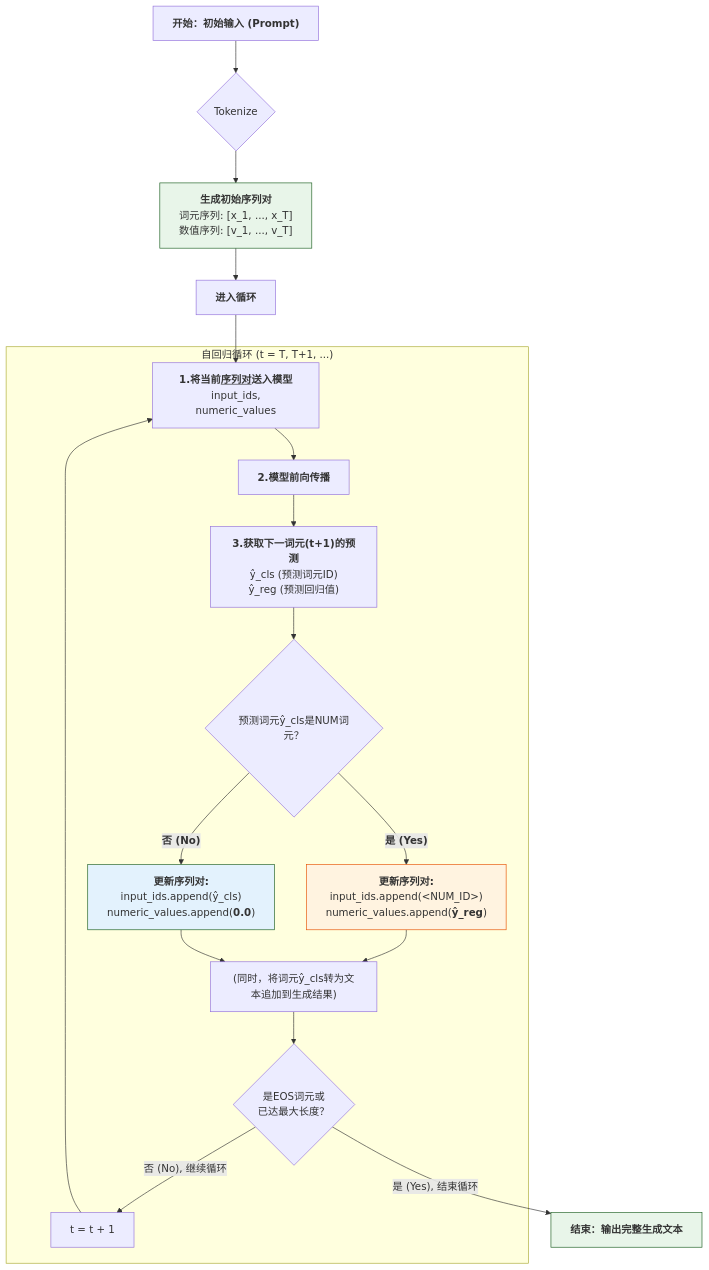
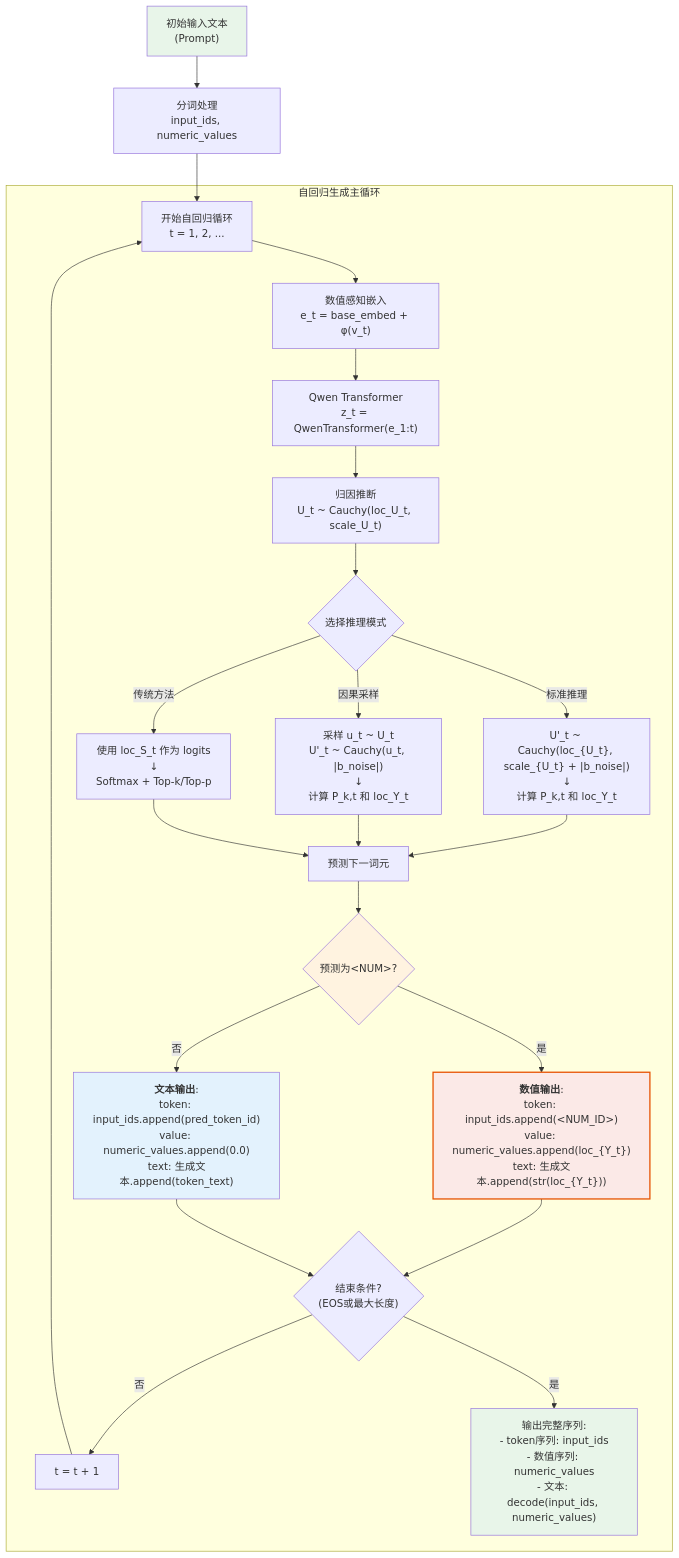
One commit to 1587causalai/CausalQwen changed the seventh of 7 diagrams in docs/math_deep_dive/02_inference.md. Above: the diagram before and after it, drawn with Mermaid. The commit also changed other lines of this file and 2 other files, not shown here.

````diff
--- a/docs/math_deep_dive/02_inference.md
+++ b/docs/math_deep_dive/02_inference.md
@@ -263,32 +773,43 @@
 ```mermaid
-graph TD
-    A["<b>开始：初始输入 (Prompt)</b>"] --> B{"Tokenize"};
-    B --> C["<b>生成初始序列对</b><br>词元序列: [x_1, ..., x_T]<br> 数值序列: [v_1, ..., v_T]"];
-    C --> D["<b>进入循环</b>"] --> Loop;
+graph TB
+    Start["初始输入文本<br>(Prompt)"] --> Tokenize["分词处理<br>input_ids, numeric_values"]
+    
+    Tokenize --> Loop["开始自回归循环<br>t = 1, 2, ..."]
+    
+    subgraph "自回归生成主循环"
+        Loop --> Embed["数值感知嵌入<br>e_t = base_embed + φ(v_t)"]
+        
+        Embed --> Qwen["Qwen Transformer<br>z_t = QwenTransformer(e_1:t)"]
+        
+        Qwen --> Abduction["归因推断<br>U_t ~ Cauchy(loc_U_t, scale_U_t)"]
+        
+        Abduction --> Branch{选择推理模式}
 
-    subgraph "自回归循环 (t = T, T+1, ...)"
-        Loop["<b>1.将当前<u>序列对</u>送入模型</b><br> input_ids, numeric_values"];
-        Loop --> E["<b>2.模型前向传播</b>"];
-        E --> F["<b>3.获取下一词元(t+1)的预测</b><br>ŷ_cls (预测词元ID)<br>ŷ_reg (预测回归值)"];
+        Branch -->|标准推理| Std["U'_t ~ Cauchy(loc_{U_t}, scale_{U_t} + |b_noise|)<br>↓<br>计算 P_k,t 和 loc_Y_t"]
+        Branch -->|因果采样| Causal["采样 u_t ~ U_t<br>U'_t ~ Cauchy(u_t, |b_noise|)<br>↓<br>计算 P_k,t 和 loc_Y_t"]
+        Branch -->|传统方法| Trad["使用 loc_S_t 作为 logits<br>↓<br>Softmax + Top-k/Top-p"]
         
-        F --> G{"预测词元ŷ_cls是NUM词元？"};
-
-        G -- "<b>是 (Yes)</b>" --> H["<b>更新序列对:</b><br>input_ids.append(&lt;NUM_ID&gt;)<br>numeric_values.append(<b>ŷ_reg</b>)"];
-        H --> I["(同时，将数值 ŷ_reg 转为文本追加到生成结果)"];
-
-        G -- "<b>否 (No)</b>" --> J["<b>更新序列对:</b><br>input_ids.append(ŷ_cls)<br>numeric_values.append(<b>0.0</b>)"];
-        J --> I["(同时，将词元ŷ_cls转为文本追加到生成结果)"];
+        Std --> Predict["预测下一词元"]
+        Causal --> Predict
+        Trad --> Predict
         
-        I --> K{"是EOS词元或<br>已达最大长度？"};
+        Predict --> IsNum{预测为&lt;NUM&gt;?}
         
-        K -- "否 (No), 继续循环" --> L["t = t + 1"];
-        L --> Loop;
+        IsNum -->|是| NumPath["<b>数值输出</b>:<br>token: input_ids.append(&lt;NUM_ID&gt;)<br>value: numeric_values.append(loc_{Y_t})<br>text: 生成文本.append(str(loc_{Y_t}))"]
+        IsNum -->|否| TextPath["<b>文本输出</b>:<br>token: input_ids.append(pred_token_id)<br>value: numeric_values.append(0.0)<br>text: 生成文本.append(token_text)"]
+        
+        NumPath --> Check{"结束条件?<br>(EOS或最大长度)"}
+        TextPath --> Check
+        
+        Check -->|否| Next["t = t + 1"]
+        Check -->|是| End["输出完整序列:<br>- token序列: input_ids<br>- 数值序列: numeric_values<br>- 文本: decode(input_ids, numeric_values)"]
+        
+        Next --> Loop
     end
     
-    K -- "是 (Yes), 结束循环" --> M["<b>结束：输出完整生成文本</b>"];
-
-    style C fill:#e8f5e9,stroke:#1b5e20
-    style H fill:#fff3e0,stroke:#e65100
-    style J fill:#e3f2fd,stroke:#1b5e20
-    style M fill:#e8f5e9,stroke:#1b5e20
+    style Start fill:#e8f5e9
+    style End fill:#e8f5e9
+    style IsNum fill:#fff3e0
+    style NumPath fill:#fbe9e7,stroke:#e65100,stroke-width:2px
+    style TextPath fill:#e3f2fd
 ```
````
